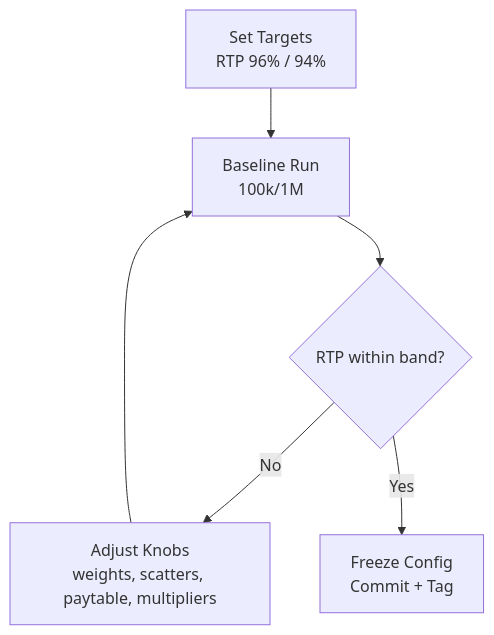
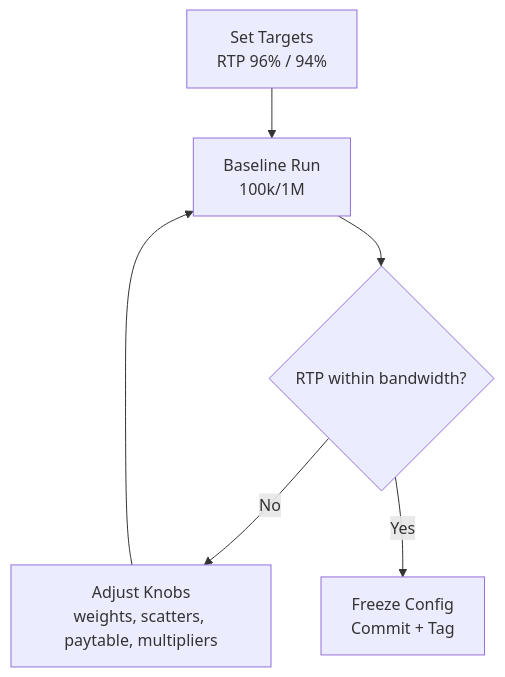
The diagram in RTPtuning.md (ElricStormking/infinity-stones-production), drawn with Mermaid before and after one commit. The commit also changed other lines of this file and 1 other file, not shown here.

Commit message:
docs: update RTPtuning.md (removed montecarlo helper, workflow text); add DockerSupabaseSetup.md with diagram and prod steps

````diff
--- a/RTPtuning.md
+++ b/RTPtuning.md
@@ -155,8 +100,8 @@
 ```mermaid
 flowchart TD
   A[Set Targets\nRTP 96% / 94%] --> B[Baseline Run\n100k/1M]
-  B --> C{RTP within band?}
+  B --> C{RTP within bandwidth?}
   C -- No --> D[Adjust Knobs\nweights, scatters, paytable, multipliers]
   D --> B
   C -- Yes --> E[Freeze Config\nCommit + Tag]
 ```
````
